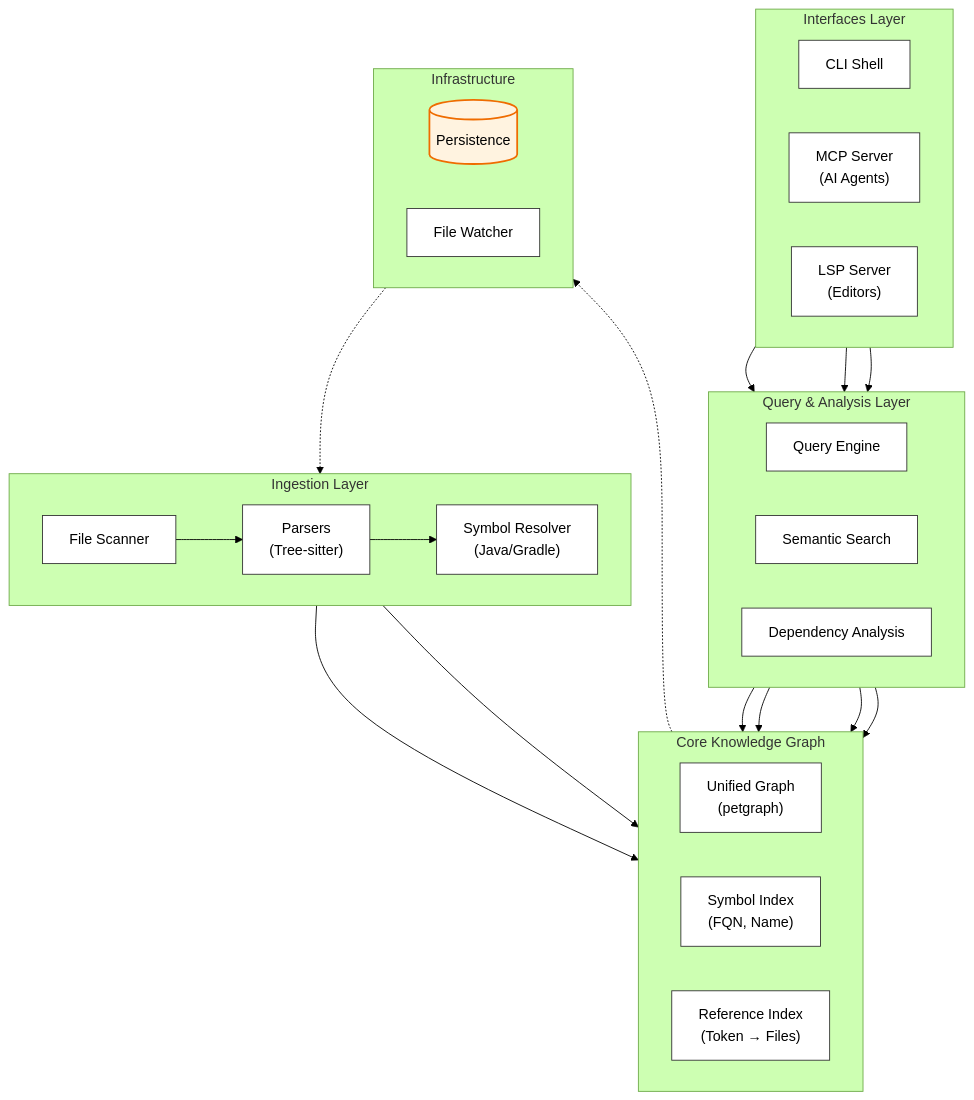
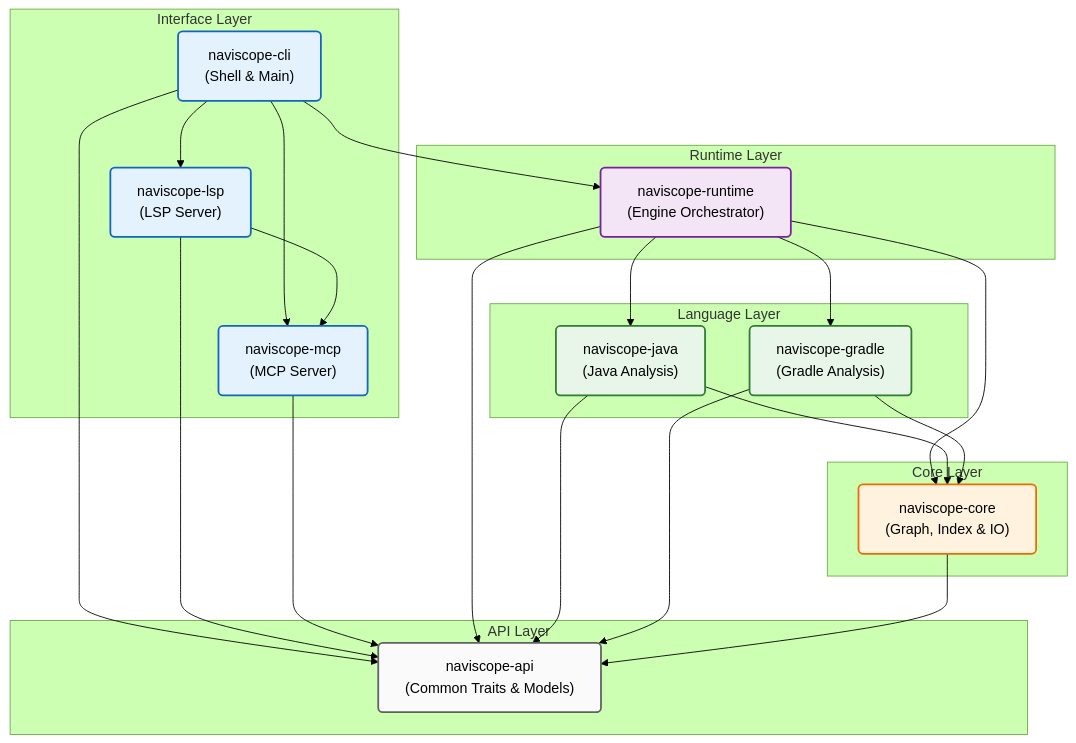
Before and after one commit to biuld/naviscope: the diagram in README.md, drawn with Mermaid (forest theme). The commit also changed other lines of this file and 20 other files, not shown here.

Commit message:
feat: Add semantic trait tests and Java occurrences query for improved code navigation.

````diff
--- a/README.md
+++ b/README.md
@@ -38,59 +38,56 @@
 ```mermaid
 graph TD
     %% Styles
-    classDef layer fill:#e3f2fd,stroke:#1565c0,stroke-width:2px,rx:5,ry:5
-    classDef component fill:#fff,stroke:#333,stroke-width:1px
-    classDef storage fill:#fff3e0,stroke:#ef6c00,stroke-width:2px,rx:5,ry:5
+    classDef interface fill:#e3f2fd,stroke:#1565c0,stroke-width:2px,rx:5,ry:5
+    classDef runtime fill:#f3e5f5,stroke:#7b1fa2,stroke-width:2px,rx:5,ry:5
+    classDef language fill:#e8f5e9,stroke:#2e7d32,stroke-width:2px,rx:5,ry:5
+    classDef core fill:#fff3e0,stroke:#ef6c00,stroke-width:2px,rx:5,ry:5
+    classDef api fill:#fafafa,stroke:#616161,stroke-width:2px,rx:5,ry:5
 
-    subgraph Access [Interfaces Layer]
-        direction LR
-        CLI[CLI Shell]:::component
-        MCP["MCP Server<br/>(AI Agents)"]:::component
-        LSP["LSP Server<br/>(Editors)"]:::component
+    subgraph Interfaces [Interface Layer]
+        CLI["naviscope-cli<br/>(Shell & Main)"]:::interface
+        LSP["naviscope-lsp<br/>(LSP Server)"]:::interface
+        MCP["naviscope-mcp<br/>(MCP Server)"]:::interface
     end
 
-    subgraph Service [Query & Analysis Layer]
-        direction LR
-        Query[Query Engine]:::component
-        Search[Semantic Search]:::component
-        Deps[Dependency Analysis]:::component
+    subgraph Orchestration [Runtime Layer]
+        Runtime["naviscope-runtime<br/>(Engine Orchestrator)"]:::runtime
     end
 
-    subgraph Core [Core Knowledge Graph]
-        direction LR
-        Graph["Unified Graph<br/>(petgraph)"]:::component
-        Index["Symbol Index<br/>(FQN, Name)"]:::component
-        RefIndex["Reference Index<br/>(Token → Files)"]:::component
+    subgraph Strategies [Language Layer]
+        Java["naviscope-java<br/>(Java Analysis)"]:::language
+        Gradle["naviscope-gradle<br/>(Gradle Analysis)"]:::language
     end
 
-    subgraph Ingestion [Ingestion Layer]
-        direction LR
-        Scanner[File Scanner]:::component
-        Parser["Parsers<br/>(Tree-sitter)"]:::component
-        Resolver["Symbol Resolver<br/>(Java/Gradle)"]:::component
+    subgraph Engine [Core Layer]
+        Core["naviscope-core<br/>(Graph, Index & IO)"]:::core
     end
 
-    subgraph Infra [Infrastructure]
-        direction LR
-        Store[("Persistence")]:::storage
-        Watch[File Watcher]:::component
+    subgraph Foundation [API Layer]
+        API["naviscope-api<br/>(Common Traits & Models)"]:::api
     end
 
-    %% Connections
-    CLI --> Query
-    MCP --> Query
-    LSP --> Query
+    %% Crate Dependencies
+    CLI --> LSP
+    CLI --> MCP
+    CLI --> Runtime
+    CLI --> API
 
-    Query --> Graph
-    Search --> Graph
-    Deps --> Graph
-    Search --> RefIndex
+    LSP --> MCP
+    LSP --> API
 
-    Scanner --> Parser
-    Parser --> Resolver
-    Resolver --> Graph
-    Resolver --> RefIndex
+    MCP --> API
 
-    Graph -.-> Store
-    Watch -.-> Scanner
+    Runtime --> Java
+    Runtime --> Gradle
+    Runtime --> Core
+    Runtime --> API
+
+    Java --> Core
+    Java --> API
+
+    Gradle --> Core
+    Gradle --> API
+
+    Core --> API
 ```
````
